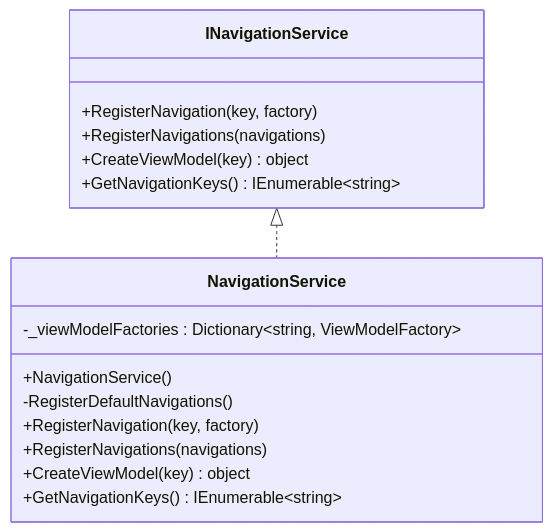
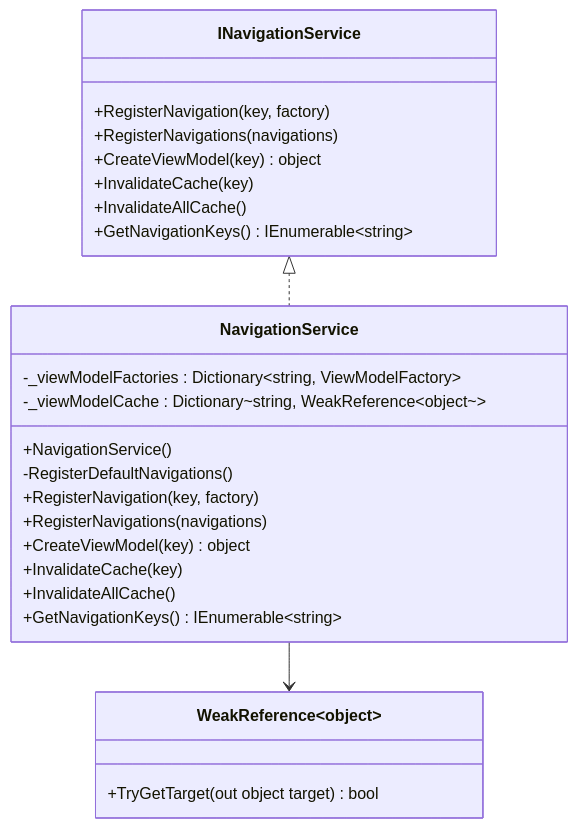
Before and after one commit to lytree/AvaloniaTemplate: the third of 9 diagrams in .qoder/repowiki/zh/content/核心服务组件/导航服务.md, drawn with Mermaid. The commit also changed other lines of this file and 15 other files, not shown here.

````diff
--- a/.qoder/repowiki/zh/content/核心服务组件/导航服务.md
+++ b/.qoder/repowiki/zh/content/核心服务组件/导航服务.md
@@ -150,19 +162,28 @@
 ```mermaid
 classDiagram
 class INavigationService {
 +RegisterNavigation(key, factory)
 +RegisterNavigations(navigations)
 +CreateViewModel(key) object
++InvalidateCache(key)
++InvalidateAllCache()
 +GetNavigationKeys() IEnumerable~string~
 }
 class NavigationService {
 -_viewModelFactories : Dictionary~string, ViewModelFactory~
+-_viewModelCache : Dictionary~string, WeakReference~object~~
 +NavigationService()
 -RegisterDefaultNavigations()
 +RegisterNavigation(key, factory)
 +RegisterNavigations(navigations)
 +CreateViewModel(key) object
++InvalidateCache(key)
++InvalidateAllCache()
 +GetNavigationKeys() IEnumerable~string~
 }
+class WeakReference~object~ {
++TryGetTarget(out object target) bool
+}
 INavigationService <|.. NavigationService
+NavigationService --> WeakReference~object~
 ```
````
